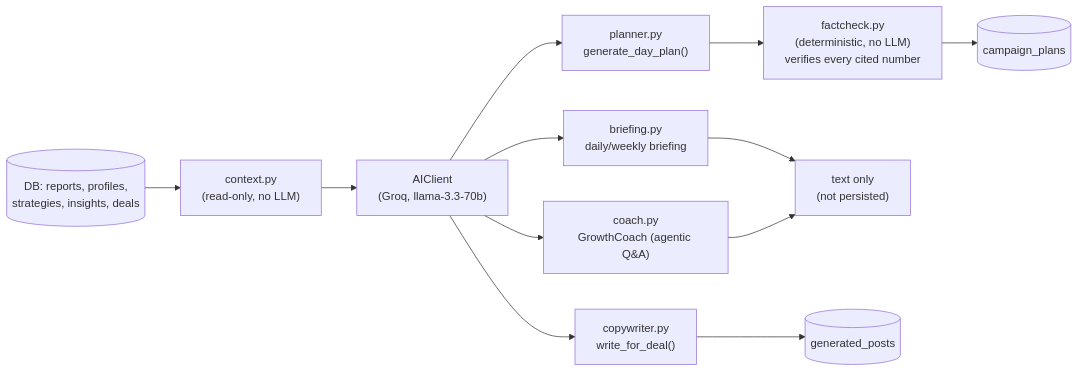
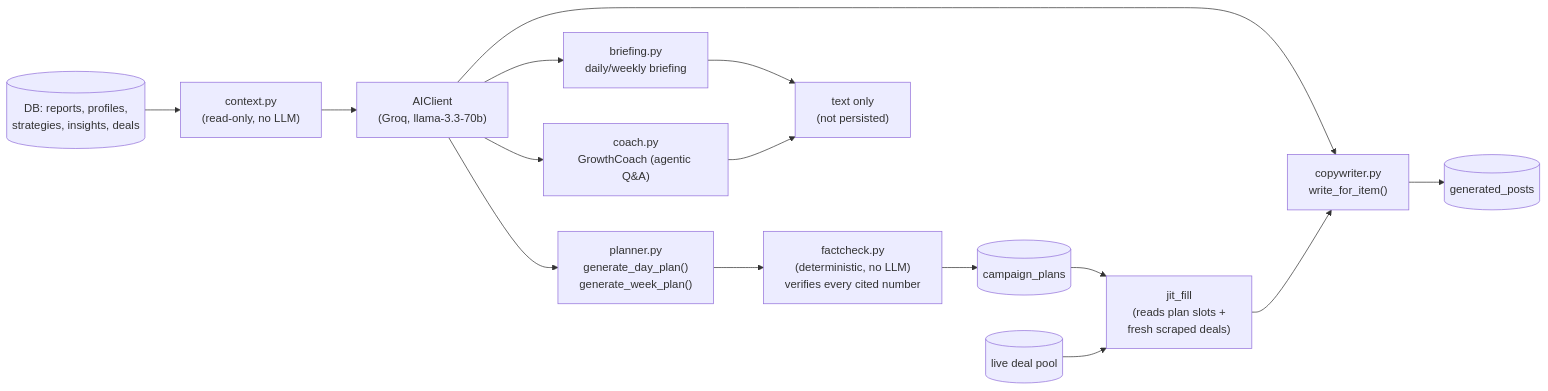
Before and after one commit to aatreyi30/telegram_agent: the fourth of 4 diagrams in architecture.md, drawn with Mermaid. The commit also changed other lines of this file, not shown here.

First line of the commit message:
docs: refresh architecture.md for the AI-plan-driven JIT posting flow

````diff
--- a/architecture.md
+++ b/architecture.md
@@ -256,14 +310,17 @@
 ```mermaid
 flowchart LR
     DB[("DB: reports, profiles,\nstrategies, insights, deals")] --> CTX["context.py\n(read-only, no LLM)"]
     CTX --> CLIENT["AIClient\n(Groq, llama-3.3-70b)"]
-    CLIENT --> PLANNER["planner.py\ngenerate_day_plan()"]
+    CLIENT --> PLANNER["planner.py\ngenerate_day_plan()\ngenerate_week_plan()"]
     CLIENT --> BRIEF["briefing.py\ndaily/weekly briefing"]
     CLIENT --> COACH["coach.py\nGrowthCoach (agentic Q&A)"]
-    CLIENT --> COPY["copywriter.py\nwrite_for_deal()"]
+    CLIENT --> COPY["copywriter.py\nwrite_for_item()"]
     PLANNER --> FC["factcheck.py\n(deterministic, no LLM)\nverifies every cited number"]
     FC --> CPLAN[("campaign_plans")]
     BRIEF --> TXT["text only\n(not persisted)"]
     COACH --> TXT
+    CPLAN --> JIT["jit_fill\n(reads plan slots +\nfresh scraped deals)"]
+    FRESH[("live deal pool")] --> JIT
+    JIT --> COPY
     COPY --> GP[("generated_posts")]
 ```
````
